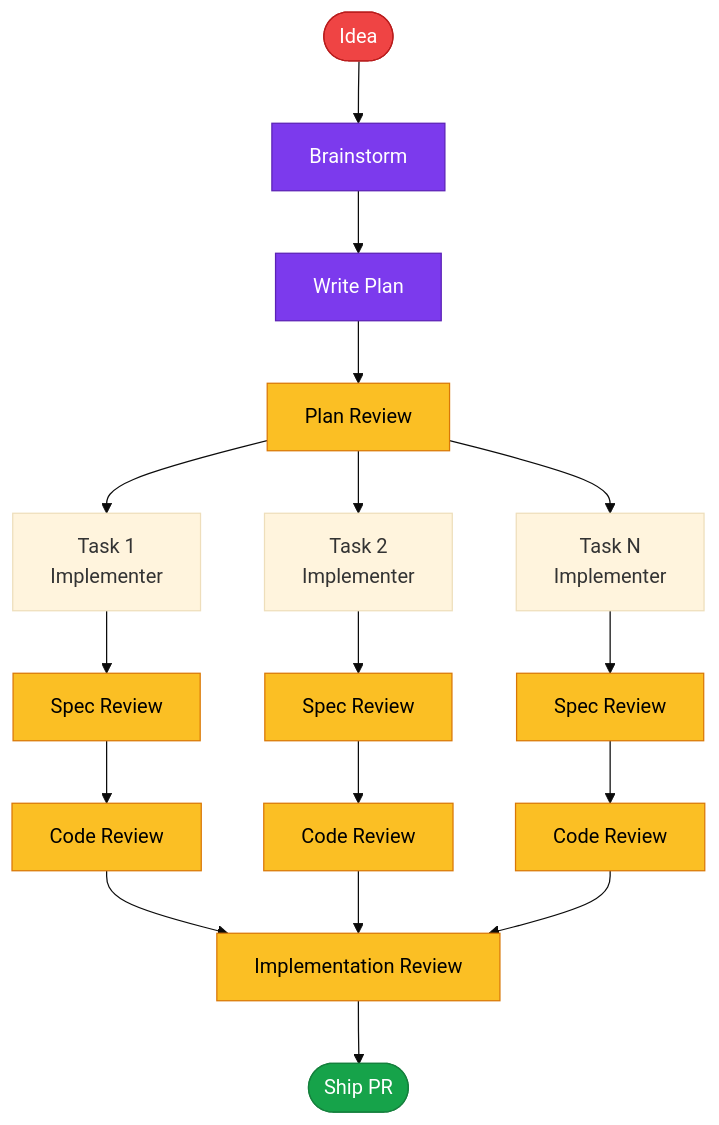
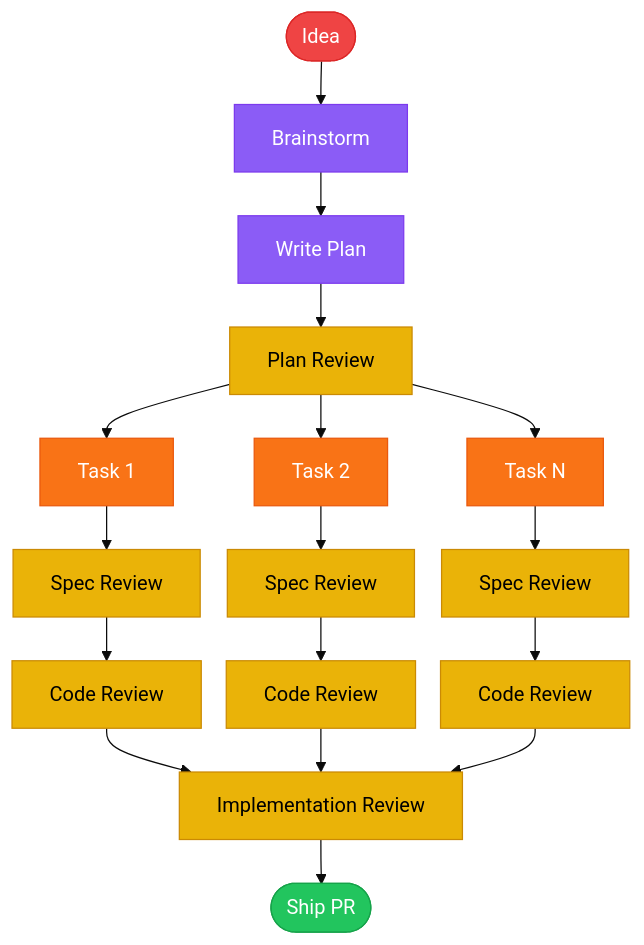
The diagram in README.md (nikhilsitaram/superpowers), drawn with Mermaid (base theme) before and after one commit.

Commit message:
docs: fix diagram - tighter spacing, orange implementers, Tailwind palette, no literal \n

````diff
--- a/README.md
+++ b/README.md
@@ -19,33 +19,37 @@
 ```mermaid
+%%{init: {'flowchart': {'nodeSpacing': 20, 'rankSpacing': 35}}}%%
 flowchart TD
     A([Idea]) --> B[Brainstorm]
     B --> C[Write Plan]
     C --> D[Plan Review]
 
-    D --> T1[Task 1\nImplementer]
-    D --> T2[Task 2\nImplementer]
-    D --> TN[Task N\nImplementer]
+    D --> T1[Task 1]
+    D --> T2[Task 2]
+    D --> TN[Task N]
 
     T1 --> S1[Spec Review]
     S1 --> C1[Code Review]
     T2 --> S2[Spec Review]
     S2 --> C2[Code Review]
     TN --> SN[Spec Review]
     SN --> CN[Code Review]
 
     C1 & C2 & CN --> IR[Implementation Review]
     IR --> Ship([Ship PR])
 
-    style A  fill:#ef4444,stroke:#b91c1c,color:#fff
-    style B  fill:#7c3aed,stroke:#5b21b6,color:#fff
-    style C  fill:#7c3aed,stroke:#5b21b6,color:#fff
-    style D  fill:#fbbf24,stroke:#d97706,color:#000
-    style S1 fill:#fbbf24,stroke:#d97706,color:#000
-    style C1 fill:#fbbf24,stroke:#d97706,color:#000
-    style S2 fill:#fbbf24,stroke:#d97706,color:#000
-    style C2 fill:#fbbf24,stroke:#d97706,color:#000
-    style SN fill:#fbbf24,stroke:#d97706,color:#000
-    style CN fill:#fbbf24,stroke:#d97706,color:#000
-    style IR fill:#fbbf24,stroke:#d97706,color:#000
-    style Ship fill:#16a34a,stroke:#15803d,color:#fff
+    style A    fill:#ef4444,stroke:#dc2626,color:#fff
+    style B    fill:#8b5cf6,stroke:#7c3aed,color:#fff
+    style C    fill:#8b5cf6,stroke:#7c3aed,color:#fff
+    style D    fill:#eab308,stroke:#ca8a04,color:#000
+    style T1   fill:#f97316,stroke:#ea580c,color:#fff
+    style T2   fill:#f97316,stroke:#ea580c,color:#fff
+    style TN   fill:#f97316,stroke:#ea580c,color:#fff
+    style S1   fill:#eab308,stroke:#ca8a04,color:#000
+    style C1   fill:#eab308,stroke:#ca8a04,color:#000
+    style S2   fill:#eab308,stroke:#ca8a04,color:#000
+    style C2   fill:#eab308,stroke:#ca8a04,color:#000
+    style SN   fill:#eab308,stroke:#ca8a04,color:#000
+    style CN   fill:#eab308,stroke:#ca8a04,color:#000
+    style IR   fill:#eab308,stroke:#ca8a04,color:#000
+    style Ship fill:#22c55e,stroke:#16a34a,color:#fff
 ```
````
